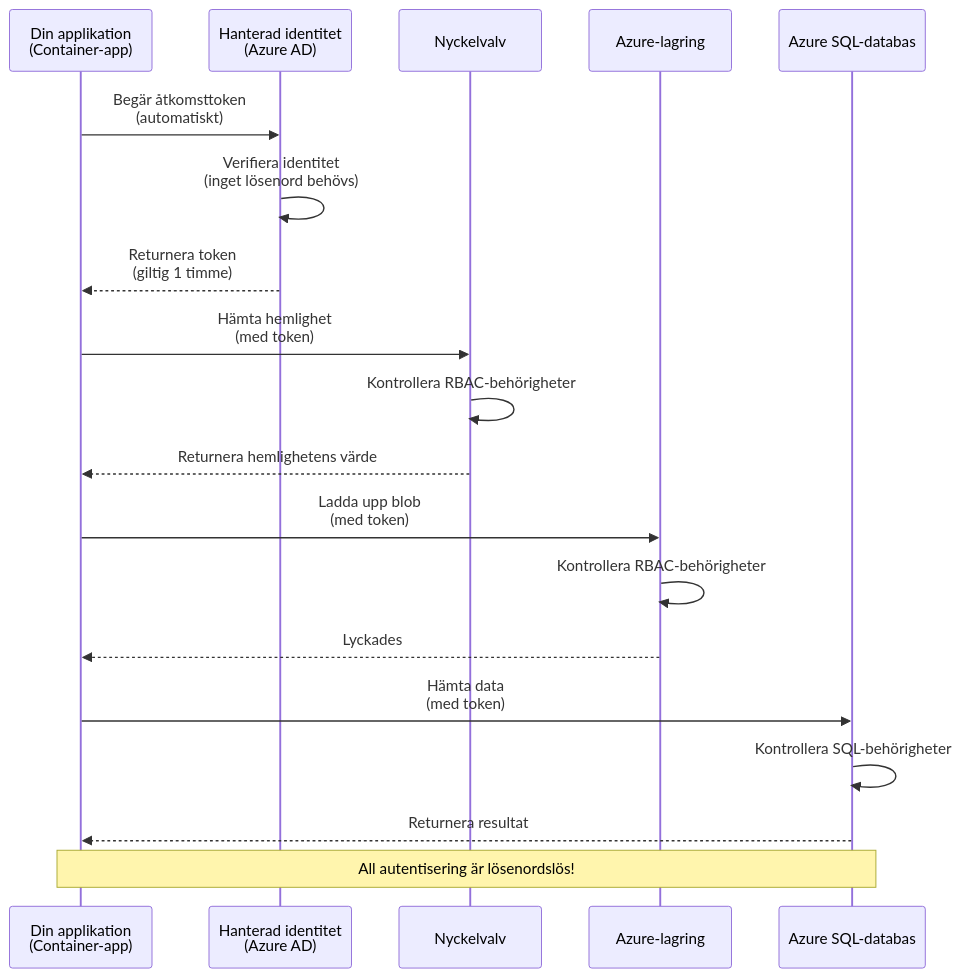
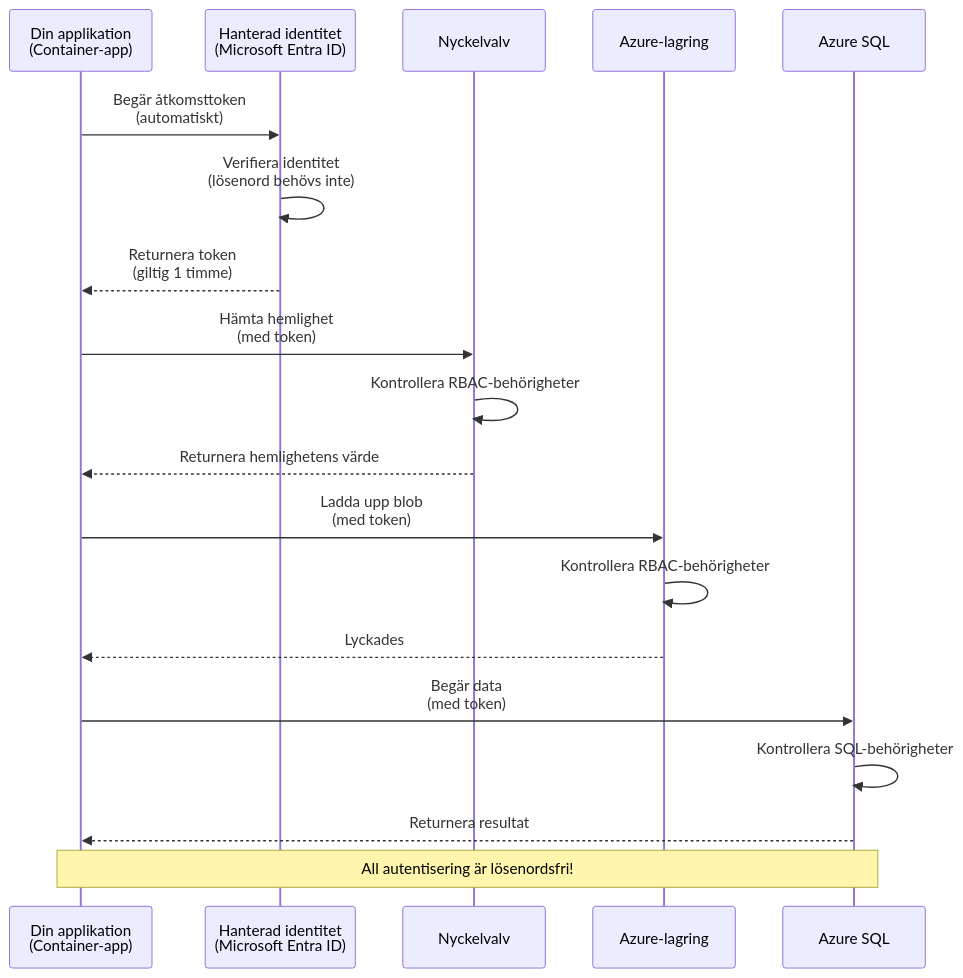
The first of 2 diagrams in translations/sv/docs/chapter-03-configuration/authsecurity.md (microsoft/AZD-for-beginners), drawn with Mermaid before and after one commit. The commit also changed other lines of this file and 104 other files, not shown here.

````diff
--- a/translations/sv/docs/chapter-03-configuration/authsecurity.md
+++ b/translations/sv/docs/chapter-03-configuration/authsecurity.md
@@ -69,26 +69,26 @@
 ```mermaid
 sequenceDiagram
     participant App as Din applikation<br/>(Container-app)
-    participant MI as Hanterad identitet<br/>(Azure AD)
+    participant MI as Hanterad identitet<br/>(Microsoft Entra ID)
     participant KV as Nyckelvalv
     participant Storage as Azure-lagring
-    participant DB as Azure SQL-databas
+    participant DB as Azure SQL
     
     App->>MI: Begär åtkomsttoken<br/>(automatiskt)
-    MI->>MI: Verifiera identitet<br/>(inget lösenord behövs)
+    MI->>MI: Verifiera identitet<br/>(lösenord behövs inte)
     MI-->>App: Returnera token<br/>(giltig 1 timme)
     
     App->>KV: Hämta hemlighet<br/>(med token)
     KV->>KV: Kontrollera RBAC-behörigheter
     KV-->>App: Returnera hemlighetens värde
     
     App->>Storage: Ladda upp blob<br/>(med token)
     Storage->>Storage: Kontrollera RBAC-behörigheter
     Storage-->>App: Lyckades
     
-    App->>DB: Hämta data<br/>(med token)
+    App->>DB: Begär data<br/>(med token)
     DB->>DB: Kontrollera SQL-behörigheter
     DB-->>App: Returnera resultat
     
-    Note over App,DB: All autentisering är lösenordslös!
+    Note over App,DB: All autentisering är lösenordsfri!
 ```
````
